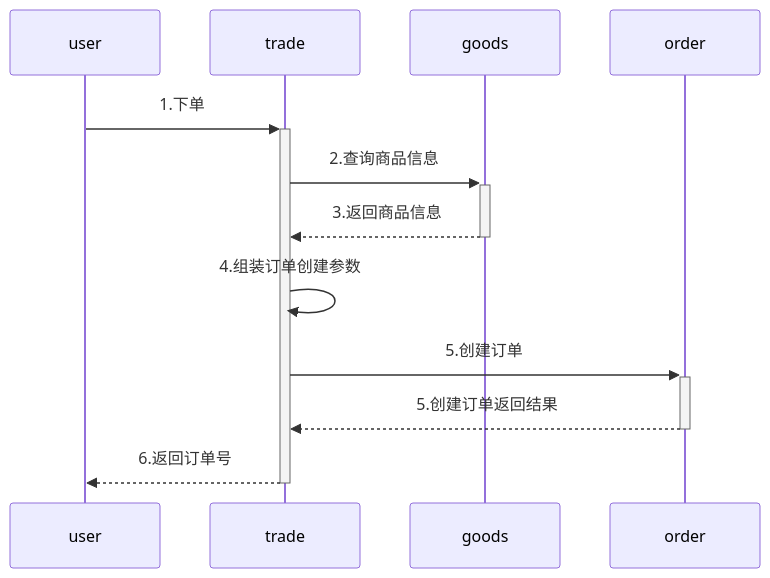
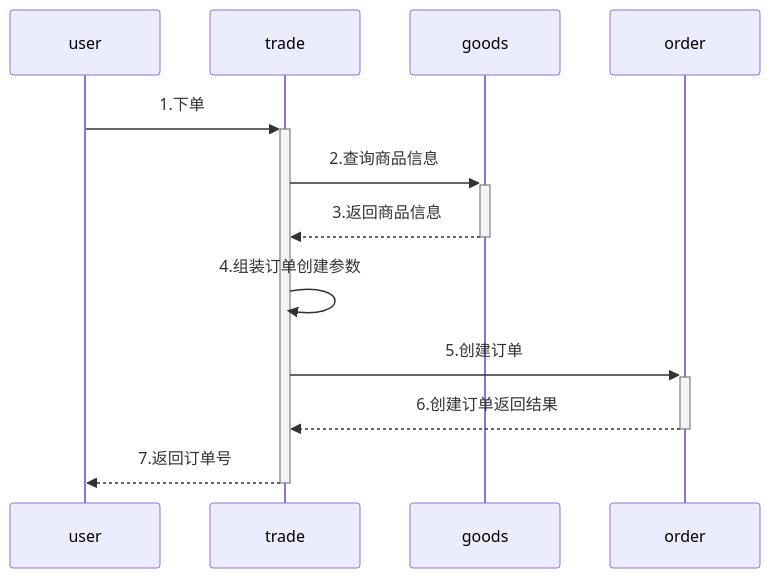
Before and after one commit to yingjianzh/iodraw-files: the diagram in all/未命名-6.md, drawn with Mermaid.

Commit message:
2024-08-19 15:36:04 update

````diff
--- a/all/未命名-6.md
+++ b/all/未命名-6.md
@@ -1,10 +1,11 @@
 ```mermaid
 sequenceDiagram
     user->>+trade: 1.下单
+    
     trade->>+goods: 2.查询商品信息
     goods-->>-trade: 3.返回商品信息
     trade->>trade: 4.组装订单创建参数
     trade->>+order: 5.创建订单
-    order-->>-trade: 5.创建订单返回结果
-    trade-->>-user: 6.返回订单号
+    order-->>-trade: 6.创建订单返回结果
+    trade-->>-user: 7.返回订单号
 ```
````
